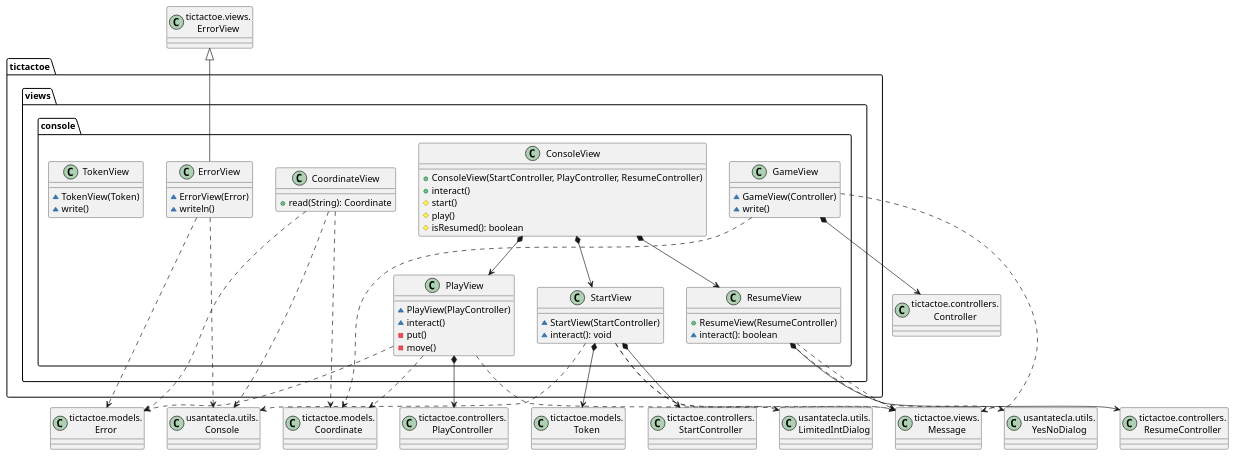
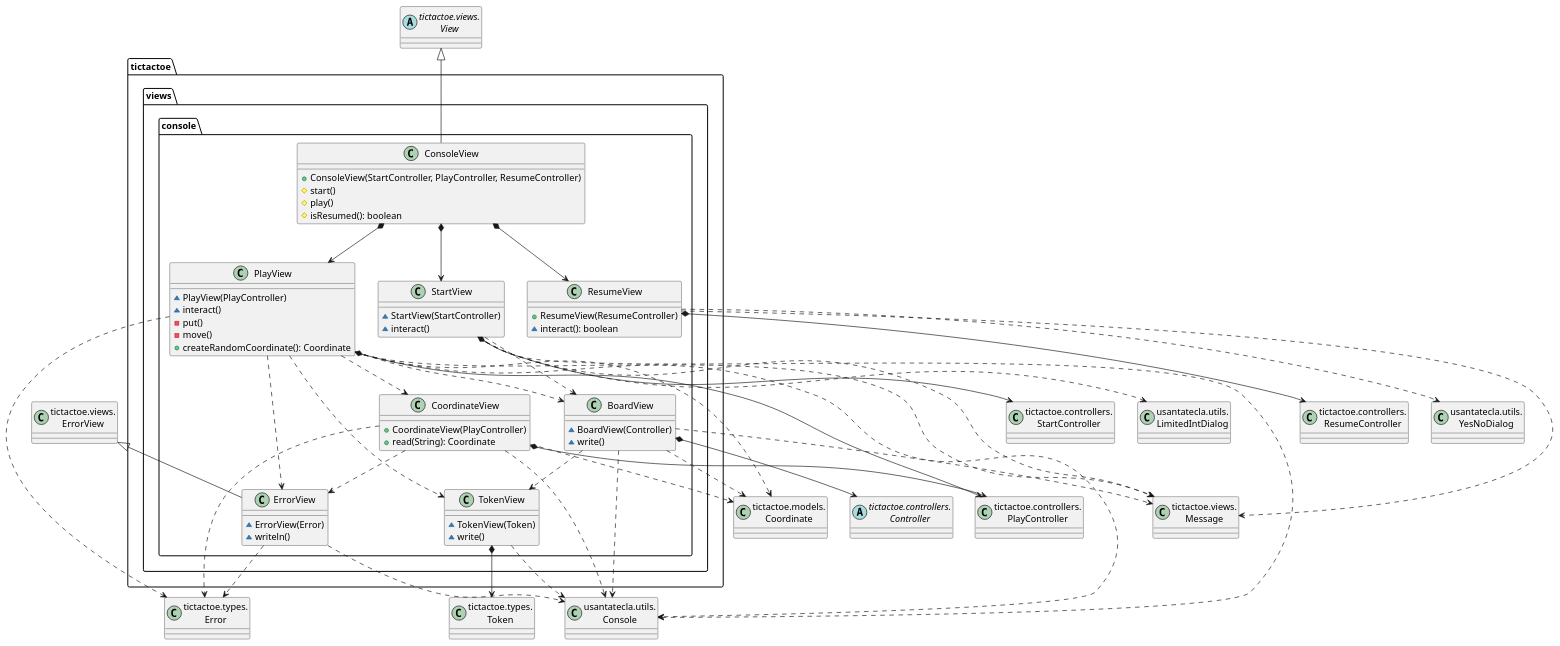
Before and after one commit to Jolucaa/USantaTecla-project-ticTacToe: the third of 8 diagrams in modelViewPresenter/presentationModel/basic/docs/diagrams/src/paquetes.plantuml, drawn with PlantUML. The commit also changed other lines of this file and 16 other files, not shown here.

Commit message:
[mvp.pm.basic] Fixed diagrams and changed some small things in code (refactor)

```diff
--- a/modelViewPresenter/presentationModel/basic/docs/diagrams/src/paquetes.plantuml
+++ b/modelViewPresenter/presentationModel/basic/docs/diagrams/src/paquetes.plantuml
@@ -69,87 +89,97 @@
 @startuml paqueteTicTactoeViewsConsole
-class Error as "tictactoe.models.\nError" {}
-class Coordinate as "tictactoe.models.\nCoordinate" {}
-class Console as "usantatecla.utils.\nConsole" {}
-class Controller as "tictactoe.controllers.\nController" {}
-class PlayController as "tictactoe.controllers.\nPlayController" {}
-class ResumeController as "tictactoe.controllers.\nResumeController" {}
-class YesNoDialog as "usantatecla.utils.\nYesNoDialog" {}
-class StartController as "tictactoe.controllers.\nStartController" {}
-class LimitedIntDialog as "usantatecla.utils.\nLimitedIntDialog" {}
-class Token as "tictactoe.models.\nToken" {}
-class Message as "tictactoe.views.\nMessage" {}
-class ErrorView as "tictactoe.views.\nErrorView" {}
+class Coordinate as "tictactoe.models.\nCoordinate"
+class Token as "tictactoe.types.\nToken"
+class Error as "tictactoe.types.\nError"
+abstract class Controller as "tictactoe.controllers.\nController"
+class StartController as "tictactoe.controllers.\nStartController"
+class PlayController as "tictactoe.controllers.\nPlayController"
+class ResumeController as "tictactoe.controllers.\nResumeController"
+abstract class View as "tictactoe.views.\nView"
+class Message as "tictactoe.views.\nMessage"
+class ErrorView as "tictactoe.views.\nErrorView"
+class Console as "usantatecla.utils.\nConsole"
+class YesNoDialog as "usantatecla.utils.\nYesNoDialog"
+class LimitedIntDialog as "usantatecla.utils.\nLimitedIntDialog"
 
 class tictactoe.views.console.ConsoleView{
-+ ConsoleView(StartController, PlayController, ResumeController)
-+ interact()
-# start()
-# play()
-# isResumed(): boolean
+  + ConsoleView(StartController, PlayController, ResumeController)
+  # start()
+  # play()
+  # isResumed(): boolean
 }
+tictactoe.views.console.ConsoleView -up-|> View
 tictactoe.views.console.ConsoleView *-down-> tictactoe.views.console.StartView
 tictactoe.views.console.ConsoleView *-down-> tictactoe.views.console.PlayView
 tictactoe.views.console.ConsoleView *-down-> tictactoe.views.console.ResumeView
 
 class tictactoe.views.console.CoordinateView {
-+ read(String): Coordinate
+  + CoordinateView(PlayController)
+  + read(String): Coordinate
 }
-
+tictactoe.views.console.CoordinateView *-down-> PlayController
+tictactoe.views.console.CoordinateView .down.> tictactoe.views.console.ErrorView
 tictactoe.views.console.CoordinateView .down.> Console
 tictactoe.views.console.CoordinateView .down.> Error
 tictactoe.views.console.CoordinateView .down.> Coordinate
 
 class  tictactoe.views.console.ErrorView{
-~ ErrorView(Error)
-~ writeln()
+  ~ ErrorView(Error)
+  ~ writeln()
 }
 tictactoe.views.console.ErrorView .down.> Error
 tictactoe.views.console.ErrorView .down.> Console
 ErrorView <|-down- tictactoe.views.console.ErrorView
 
-class  tictactoe.views.console.GameView{
-~ GameView(Controller)
-~ write()
+class  tictactoe.views.console.BoardView{
+  ~ BoardView(Controller)
+  ~ write()
 }
-
-tictactoe.views.console.GameView *-down-> Controller
-tictactoe.views.console.GameView .down.> Coordinate
-tictactoe.views.console.GameView .down.> Message
+tictactoe.views.console.BoardView *-down-> Controller
+tictactoe.views.console.BoardView .down.> tictactoe.views.console.TokenView
+tictactoe.views.console.BoardView .down.> Coordinate
+tictactoe.views.console.BoardView .down.> Message
+tictactoe.views.console.BoardView .down.> Console
 
 class  tictactoe.views.console.PlayView{
-~ PlayView(PlayController)
-~ interact()
-- put()
-- move()
+  ~ PlayView(PlayController)
+  ~ interact()
+  - put()
+  - move()
+  + createRandomCoordinate(): Coordinate
 }
-
 tictactoe.views.console.PlayView *-down-> PlayController
+tictactoe.views.console.PlayView .down.> tictactoe.views.console.BoardView
+tictactoe.views.console.PlayView .down.> tictactoe.views.console.TokenView
+tictactoe.views.console.PlayView .down.> tictactoe.views.console.CoordinateView
+tictactoe.views.console.PlayView .down.> tictactoe.views.console.ErrorView
 tictactoe.views.console.PlayView .down.> Coordinate
 tictactoe.views.console.PlayView .down.> Message
 tictactoe.views.console.PlayView .down.> Error
+tictactoe.views.console.PlayView .down.> Console
 
 class  tictactoe.views.console.ResumeView{
-+ ResumeView(ResumeController)
-~ interact(): boolean
+  + ResumeView(ResumeController)
+  ~ interact(): boolean
 }
 tictactoe.views.console.ResumeView *-down-> ResumeController
 tictactoe.views.console.ResumeView .down.> Message
 tictactoe.views.console.ResumeView .down.> YesNoDialog
 
 class tictactoe.views.console.StartView{
-~ StartView(StartController)
-~ interact(): void
+  ~ StartView(StartController)
+  ~ interact()
 }
 tictactoe.views.console.StartView *-down-> StartController
+tictactoe.views.console.StartView .down.> tictactoe.views.console.BoardView
 tictactoe.views.console.StartView .down.> Message
+tictactoe.views.console.StartView .down.> Console
 tictactoe.views.console.StartView .down.> LimitedIntDialog
 
 class tictactoe.views.console.TokenView{
-~ TokenView(Token)
-~ write()
+  ~ TokenView(Token)
+  ~ write()
 }
-tictactoe.views.console.StartView *-down-> Token
-tictactoe.views.console.StartView .down.> Console
-
+tictactoe.views.console.TokenView *-down-> Token
+tictactoe.views.console.TokenView .down.> Console
 
 @enduml
```
